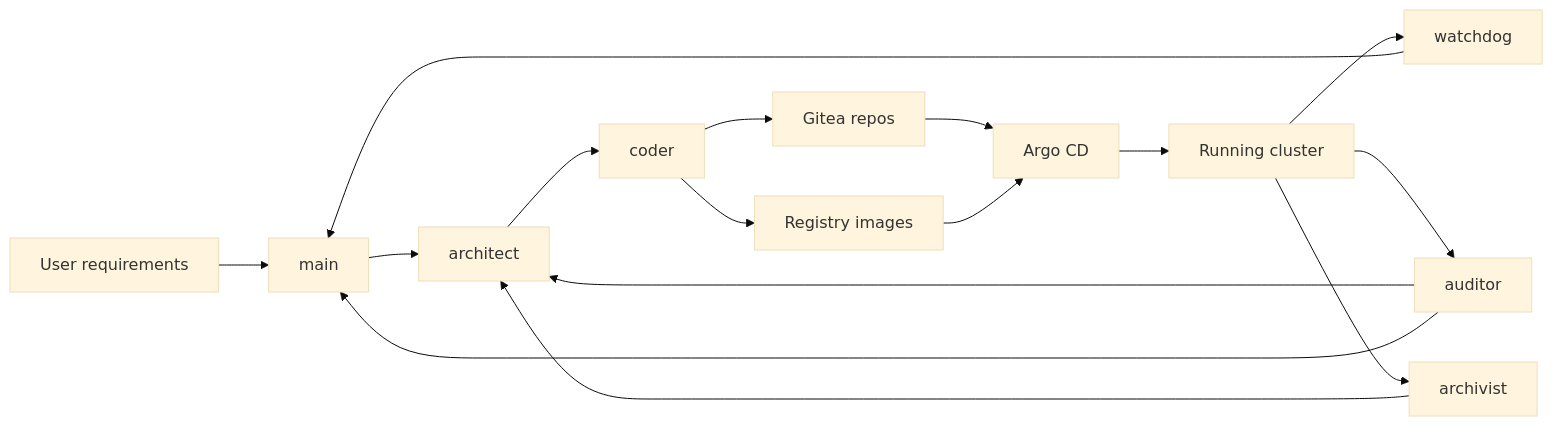
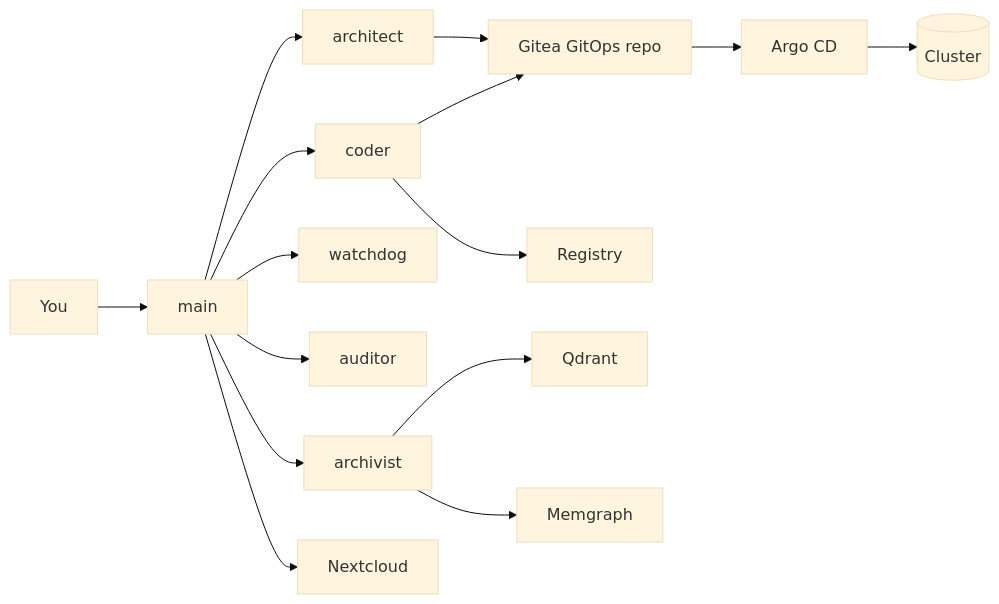
One commit to sbischoff-ai/ai-homebase changed the diagram in README.md. Above: the diagram before and after it, drawn with Mermaid (base theme). The commit also changed other lines of this file and 29 other files, not shown here.

````diff
--- a/README.md
+++ b/README.md
@@ -35,18 +36,17 @@
 ```mermaid
 flowchart LR
-    U[User requirements] --> M[main]
+    U[You] --> M[main]
     M --> A[architect]
-    A --> C[coder]
-    C --> G[Gitea repos]
-    C --> R[Registry images]
-    G --> AR[Argo CD]
-    R --> AR
-    AR --> K[Running cluster]
-    K --> W[watchdog]
-    K --> AU[auditor]
-    K --> H[archivist]
-    H --> A
-    W --> M
-    AU --> A
-    AU --> M
+    M --> C[coder]
+    M --> W[watchdog]
+    M --> AU[auditor]
+    M --> AR[archivist]
+    A --> G[Gitea GitOps repo]
+    C --> G
+    C --> R[Registry]
+    AR --> Q[Qdrant]
+    AR --> MG[Memgraph]
+    M --> N[Nextcloud]
+    G --> CD[Argo CD]
+    CD --> K[(Cluster)]
 ```
````
